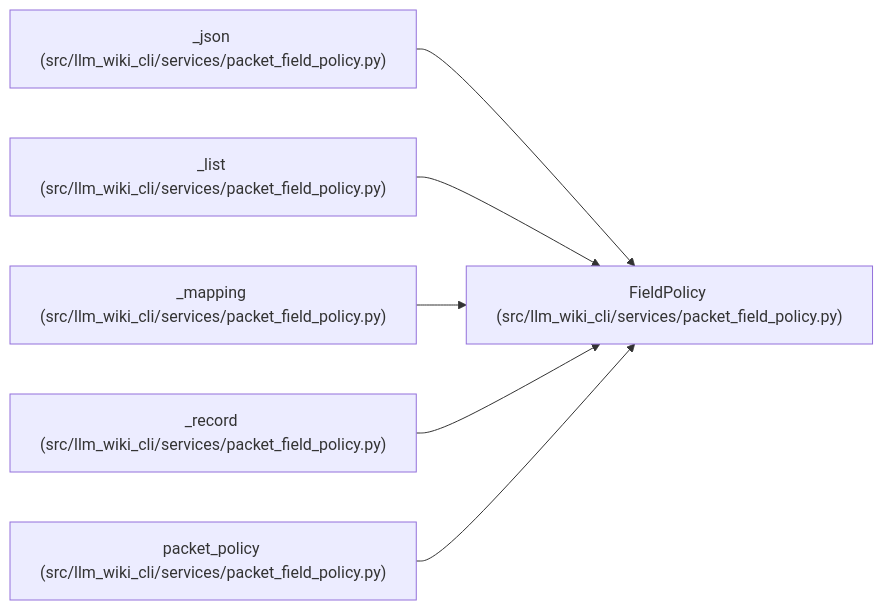
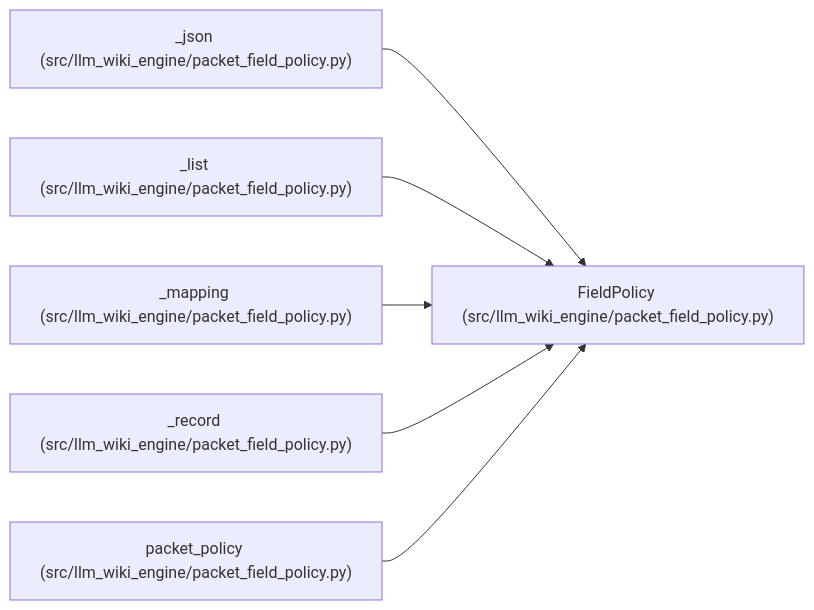
The diagram in docs/llm_wiki/entities/FieldPolicy.md (Denissvgn/python-wiki-llm), drawn with Mermaid before and after one commit. The commit also changed other lines of this file and 1103 other files, not shown here.

First line of the commit message:
docs: refresh the wiki for the llm-wiki-engine distribution

````diff
--- a/docs/llm_wiki/entities/FieldPolicy.md
+++ b/docs/llm_wiki/entities/FieldPolicy.md
@@ -31,20 +31,20 @@
 ```mermaid
 flowchart LR
-    n0["FieldPolicy (src/llm_wiki_cli/services/packet_field_policy.py)"]
-    n1["_json (src/llm_wiki_cli/services/packet_field_policy.py)"]
-    n2["_list (src/llm_wiki_cli/services/packet_field_policy.py)"]
-    n3["_mapping (src/llm_wiki_cli/services/packet_field_policy.py)"]
-    n4["_record (src/llm_wiki_cli/services/packet_field_policy.py)"]
-    n5["packet_policy (src/llm_wiki_cli/services/packet_field_policy.py)"]
+    n0["FieldPolicy (src/llm_wiki_engine/packet_field_policy.py)"]
+    n1["_json (src/llm_wiki_engine/packet_field_policy.py)"]
+    n2["_list (src/llm_wiki_engine/packet_field_policy.py)"]
+    n3["_mapping (src/llm_wiki_engine/packet_field_policy.py)"]
+    n4["_record (src/llm_wiki_engine/packet_field_policy.py)"]
+    n5["packet_policy (src/llm_wiki_engine/packet_field_policy.py)"]
     n1 --> n0
     n2 --> n0
     n3 --> n0
     n4 --> n0
     n5 --> n0
     click n0 "../modules/packet_field_policy.md"
     click n1 "../modules/packet_field_policy.md"
     click n2 "../modules/packet_field_policy.md"
     click n3 "../modules/packet_field_policy.md"
     click n4 "../modules/packet_field_policy.md"
     click n5 "../modules/packet_field_policy.md"
 ```
````
